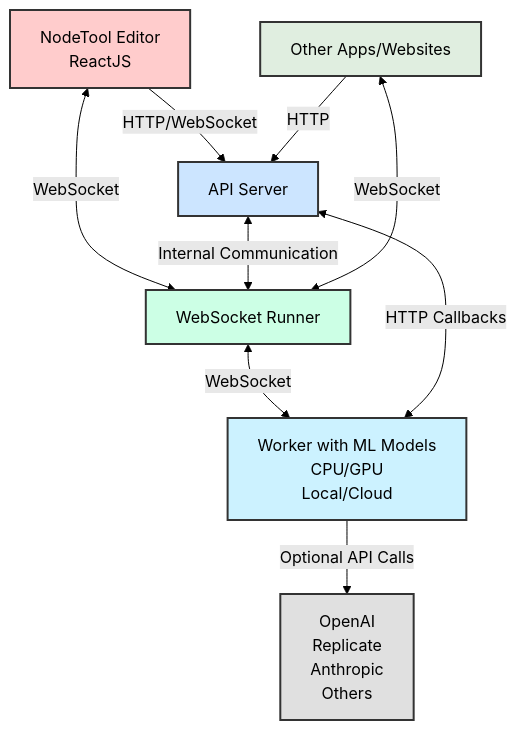
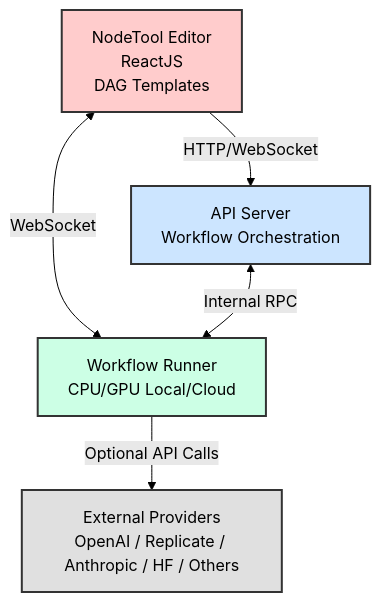
The diagram in README.md (nodetool-ai/nodetool-core), drawn with Mermaid (forest theme) before and after one commit. The commit also changed other lines of this file, not shown here.

````diff
--- a/README.md
+++ b/README.md
@@ -87,26 +75,20 @@
 ```mermaid
 graph TD
-A[NodeTool Editor<br>ReactJS] -->|HTTP/WebSocket| B[API Server]
-A <-->|WebSocket| C[WebSocket Runner]
-B <-->|Internal Communication| C
-C <-->|WebSocket| D[Worker with ML Models<br>CPU/GPU<br>Local/Cloud]
-D <-->|HTTP Callbacks| B
-E[Other Apps/Websites] -->|HTTP| B
-E <-->|WebSocket| C
-D -->|Optional API Calls| F[OpenAI<br>Replicate<br>Anthropic<br>Others]
+    A[NodeTool Editor<br>ReactJS<br>DAG Templates] -->|HTTP/WebSocket| B[API Server<br>Workflow Orchestration]
+    A <-->|WebSocket| C[Workflow Runner<br>CPU/GPU Local/Cloud]
+    B <-->|Internal RPC| C
+    C -->|Optional API Calls| F[External Providers<br>OpenAI / Replicate / Anthropic / HF / Others]
 
     classDef default fill:#e0eee0,stroke:#333,stroke-width:2px,color:#000;
     classDef frontend fill:#ffcccc,stroke:#333,stroke-width:2px,color:#000;
     classDef server fill:#cce5ff,stroke:#333,stroke-width:2px,color:#000;
     classDef runner fill:#ccffe5,stroke:#333,stroke-width:2px,color:#000;
-    classDef worker fill:#ccf2ff,stroke:#333,stroke-width:2px,color:#000;
     classDef api fill:#e0e0e0,stroke:#333,stroke-width:2px,color:#000;
-    classDef darkgray fill:#a9a9a9,stroke:#333,stroke-width:2px,color:#000;
+    classDef other fill:#d3d3d3,stroke:#333,stroke-width:2px,color:#000;
 
     class A frontend;
     class B server;
     class C runner;
-    class D worker;
     class E other;
     class F api;
 ```
````
